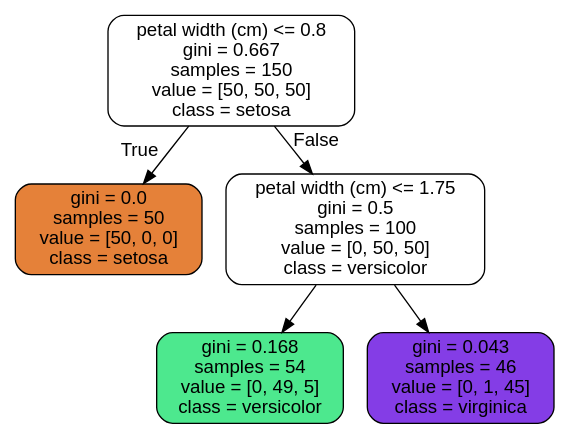
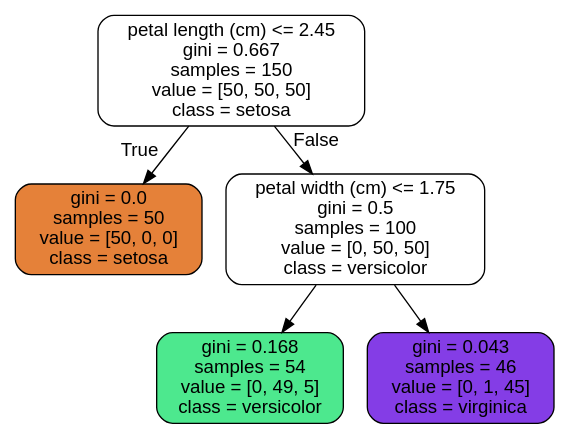
The diagram in Data_Science/Hands-On ML(2020)/models/iris_tree.dot (ud803/repo), drawn with Graphviz before and after one commit. The commit also changed 10 other files, not shown here.

```diff
--- a/Data_Science/Hands-On ML(2020)/models/iris_tree.dot
+++ b/Data_Science/Hands-On ML(2020)/models/iris_tree.dot
@@ -1,13 +1,13 @@
 digraph Tree {
 node [shape=box, style="filled, rounded", color="black", fontname=helvetica] ;
 edge [fontname=helvetica] ;
-0 [label="petal width (cm) <= 0.8\ngini = 0.667\nsamples = 150\nvalue = [50, 50, 50]\nclass = setosa", fillcolor="#ffffff"] ;
+0 [label="petal length (cm) <= 2.45\ngini = 0.667\nsamples = 150\nvalue = [50, 50, 50]\nclass = setosa", fillcolor="#ffffff"] ;
 1 [label="gini = 0.0\nsamples = 50\nvalue = [50, 0, 0]\nclass = setosa", fillcolor="#e58139"] ;
 0 -> 1 [labeldistance=2.5, labelangle=45, headlabel="True"] ;
 2 [label="petal width (cm) <= 1.75\ngini = 0.5\nsamples = 100\nvalue = [0, 50, 50]\nclass = versicolor", fillcolor="#ffffff"] ;
 0 -> 2 [labeldistance=2.5, labelangle=-45, headlabel="False"] ;
 3 [label="gini = 0.168\nsamples = 54\nvalue = [0, 49, 5]\nclass = versicolor", fillcolor="#4de88e"] ;
 2 -> 3 ;
 4 [label="gini = 0.043\nsamples = 46\nvalue = [0, 1, 45]\nclass = virginica", fillcolor="#843de6"] ;
 2 -> 4 ;
 }
```
